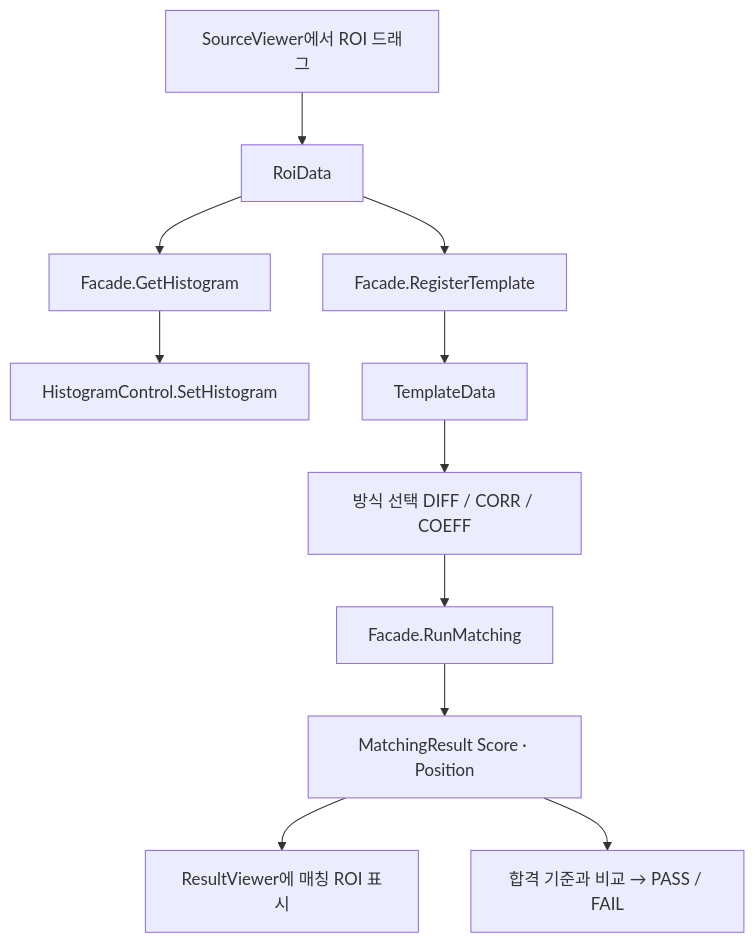
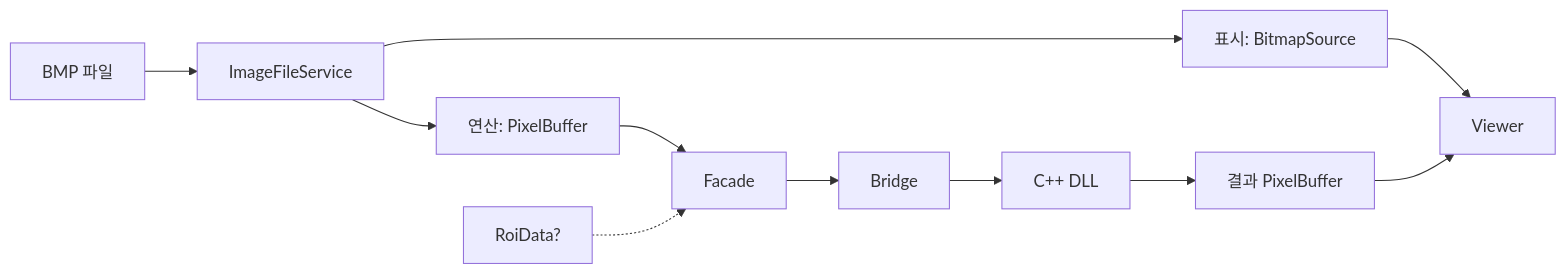
One commit to wookoonngg/ImageProcess changed the third of 3 diagrams in Docs/ClassDiagram.md. Above: the diagram before and after it, drawn with Mermaid. The commit also changed other lines of this file and 15 other files, not shown here.

````diff
--- a/Docs/ClassDiagram.md
+++ b/Docs/ClassDiagram.md
@@ -347,13 +141,13 @@
 ```mermaid
-flowchart TB
-    A[SourceViewer에서 ROI 드래그] --> B[RoiData]
-    B --> C[Facade.GetHistogram]
-    C --> D[HistogramControl.SetHistogram]
-    B --> E[Facade.RegisterTemplate]
-    E --> F[TemplateData]
-    F --> G[방식 선택 DIFF / CORR / COEFF]
-    G --> H[Facade.RunMatching]
-    H --> I[MatchingResult Score · Position]
-    I --> J[ResultViewer에 매칭 ROI 표시]
-    I --> K[합격 기준과 비교 → PASS / FAIL]
+flowchart LR
+    A[BMP 파일] --> B[ImageFileService]
+    B --> C[표시: BitmapSource]
+    B --> D[연산: PixelBuffer]
+    C --> E[Viewer]
+    D --> F[Facade]
+    F --> G[Bridge]
+    G --> H[C++ DLL]
+    H --> I[결과 PixelBuffer]
+    I --> E
+    J[RoiData?] -.-> F
 ```
````
